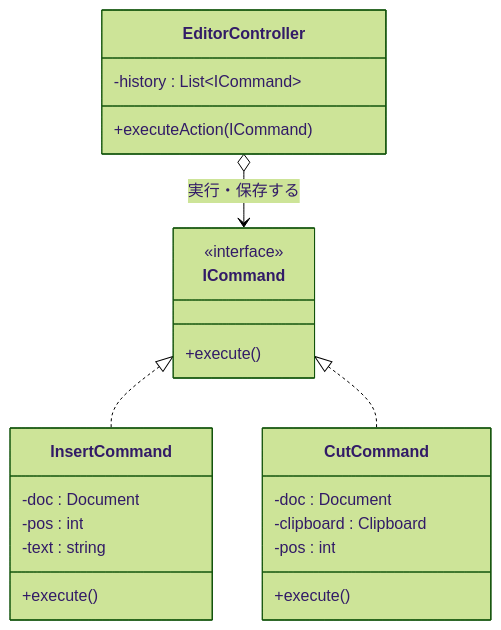
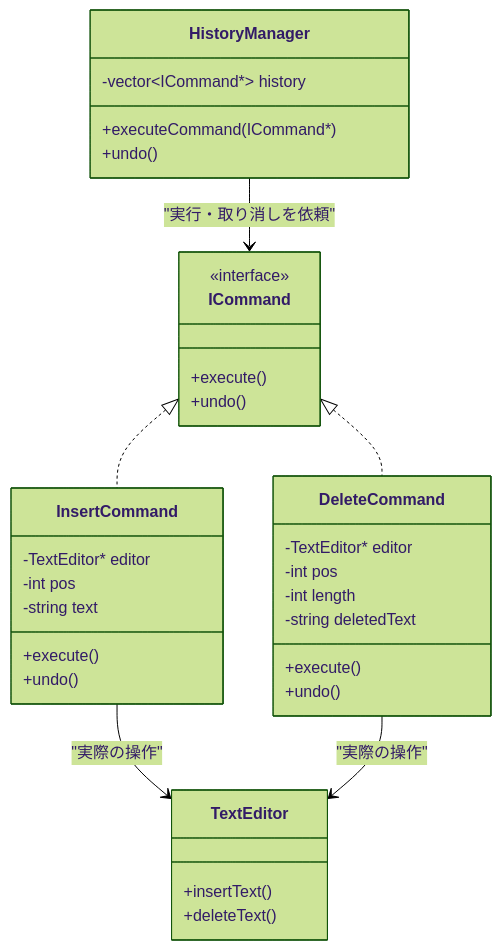
The fourth of 6 diagrams in kindle/design-patterns/output/chapter05.md (kumachan1101-pixel/DesignPattern), drawn with Mermaid (forest theme) before and after one commit. The commit also changed other lines of this file and 3 other files, not shown here.

````diff
--- a/kindle/design-patterns/output/chapter05.md
+++ b/kindle/design-patterns/output/chapter05.md
@@ -456,27 +612,42 @@
 ```mermaid
 classDiagram
-    class EditorController {
-        -history : List~ICommand~
-        +executeAction(ICommand)
-    }
     class ICommand {
         <<interface>>
         +execute()
-    }
-    class InsertCommand {
-        -doc : Document
-        -pos : int
-        -text : string
-        +execute()
-    }
-    class CutCommand {
-        -doc : Document
-        -clipboard : Clipboard
-        -pos : int
-        +execute()
+        +undo()
     }
     
-    EditorController o--> ICommand : 実行・保存する
+    class InsertCommand {
+        -TextEditor* editor
+        -int pos
+        -string text
+        +execute()
+        +undo()
+    }
+    
+    class DeleteCommand {
+        -TextEditor* editor
+        -int pos
+        -int length
+        -string deletedText
+        +execute()
+        +undo()
+    }
+    
+    class HistoryManager {
+        -vector~ICommand*~ history
+        +executeCommand(ICommand*)
+        +undo()
+    }
+    
+    class TextEditor {
+        +insertText()
+        +deleteText()
+    }
+
+    HistoryManager --> ICommand : "実行・取り消しを依頼"
     ICommand <|.. InsertCommand
-    ICommand <|.. CutCommand
+    ICommand <|.. DeleteCommand
+    InsertCommand --> TextEditor : "実際の操作"
+    DeleteCommand --> TextEditor : "実際の操作"
 ```
````
